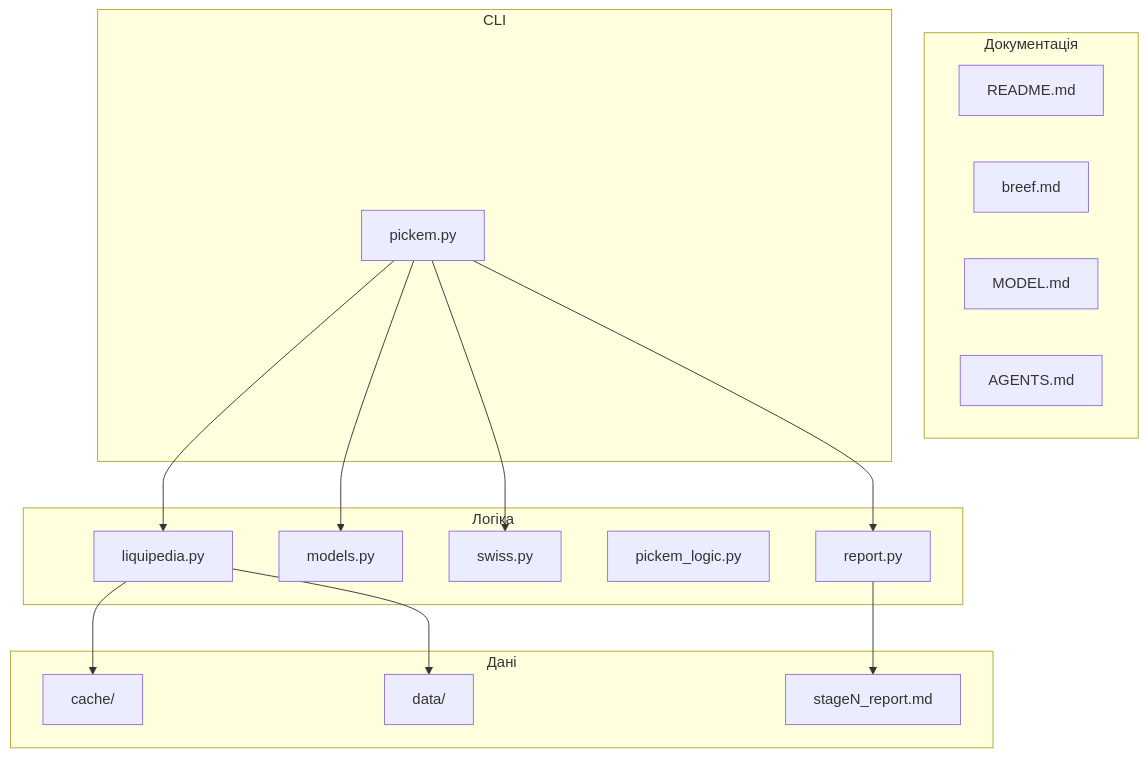
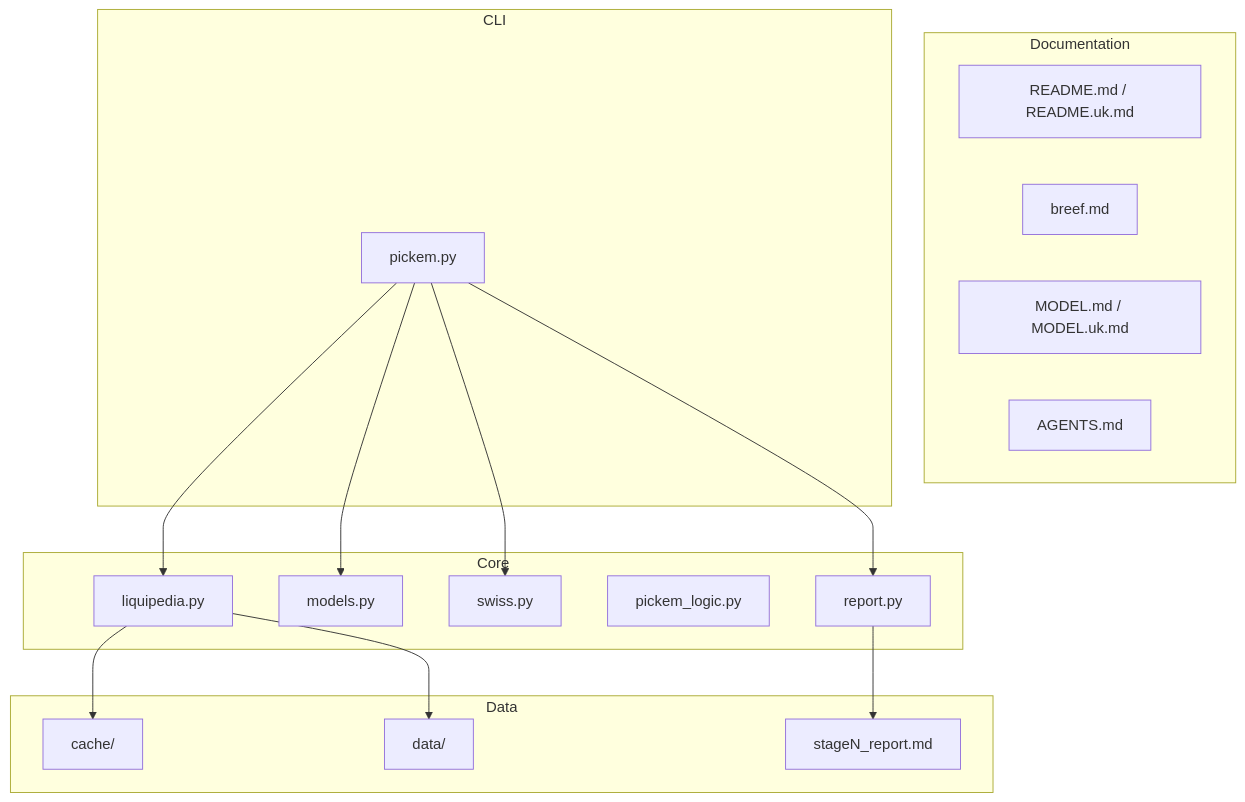
Before and after one commit to Krabaton/CS2-Pick-Em-Predictor-Intel-Extreme-Masters-Krakow-2026: the second of 2 diagrams in README.md, drawn with Mermaid. The commit also changed other lines of this file and 4 other files, not shown here.

First line of the commit message:
Add bilingual README and MODEL documentation (EN/UK).

````diff
--- a/README.md
+++ b/README.md
@@ -142,31 +145,31 @@
 ```mermaid
 flowchart TB
-    subgraph docs [Документація]
-        README[README.md]
+    subgraph docs [Documentation]
+        README[README.md / README.uk.md]
         BRIEF[breef.md]
-        MODEL[MODEL.md]
+        MODEL[MODEL.md / MODEL.uk.md]
         AGENTS[AGENTS.md]
     end
     subgraph cli [CLI]
         PICKEM[pickem.py]
     end
-    subgraph core [Логіка]
+    subgraph core [Core]
         LP[liquipedia.py]
         MOD[models.py]
         SW[swiss.py]
         PL[pickem_logic.py]
         RP[report.py]
     end
-    subgraph io [Дані]
+    subgraph io [Data]
         CACHE[cache/]
         DATA[data/]
         REPORT[stageN_report.md]
     end
     PICKEM --> LP
     PICKEM --> MOD
     PICKEM --> SW
     PICKEM --> RP
     LP --> CACHE
     LP --> DATA
     RP --> REPORT
 ```
````
